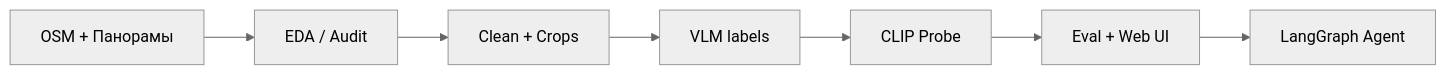
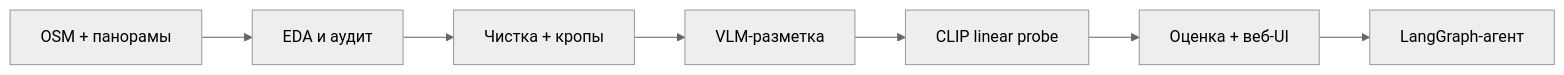
The diagram in README.md (mfclabber/aith_junior_ml_contest), drawn with Mermaid (neutral theme) before and after one commit. The commit also changed other lines of this file and 2 other files, not shown here.

First line of the commit message:
docs: переписан README + исправлен порт веб-приложения

````diff
--- a/README.md
+++ b/README.md
@@ -34,9 +43,9 @@
 ```mermaid
 flowchart LR
-  A[OSM + Панорамы] --> B[EDA / Audit]
-  B --> C[Clean + Crops]
-  C --> D[VLM labels]
-  D --> E[CLIP Probe]
-  E --> F[Eval + Web UI]
-  F --> G[LangGraph Agent]
+  A[OSM + панорамы] --> B[EDA и аудит]
+  B --> C[Чистка + кропы]
+  C --> D[VLM-разметка]
+  D --> E[CLIP linear probe]
+  E --> F[Оценка + веб-UI]
+  F --> G[LangGraph-агент]
 ```
````
